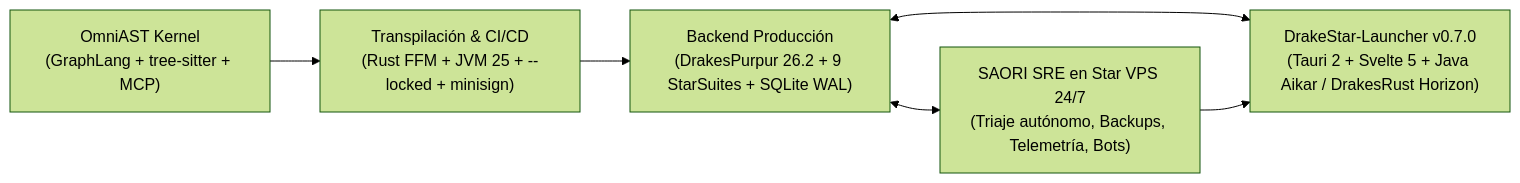
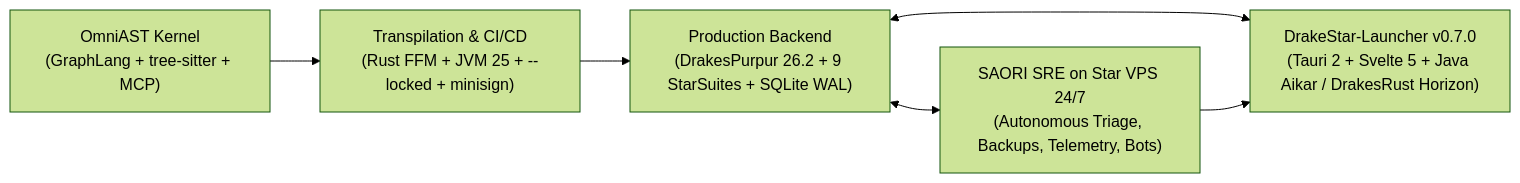
The diagram in README.md (SlimefunNewHorizons/.github), drawn with Mermaid (forest theme) before and after one commit. The commit also changed other lines of this file and 1 other file, not shown here.

````diff
--- a/README.md
+++ b/README.md
@@ -30,14 +31,14 @@
 ```mermaid
 flowchart LR
     OMNI["OmniAST Kernel<br/>(GraphLang + tree-sitter + MCP)"]
-    TRANS["Transpilación & CI/CD<br/>(Rust FFM + JVM 25 + --locked + minisign)"]
-    BACK["Backend Producción<br/>(DrakesPurpur 26.2 + 9 StarSuites + SQLite WAL)"]
-    SRE["SAORI SRE en Star VPS 24/7<br/>(Triaje autónomo, Backups, Telemetría, Bots)"]
+    TRANS["Transpilation & CI/CD<br/>(Rust FFM + JVM 25 + --locked + minisign)"]
+    BACK["Production Backend<br/>(DrakesPurpur 26.2 + 9 StarSuites + SQLite WAL)"]
+    SRE["SAORI SRE on Star VPS 24/7<br/>(Autonomous Triage, Backups, Telemetry, Bots)"]
     CLIENT["DrakeStar-Launcher v0.7.0<br/>(Tauri 2 + Svelte 5 + Java Aikar / DrakesRust Horizon)"]
 
     OMNI --> TRANS
     TRANS --> BACK
     BACK <--> SRE
     BACK <--> CLIENT
     SRE --> CLIENT
 ```
````
